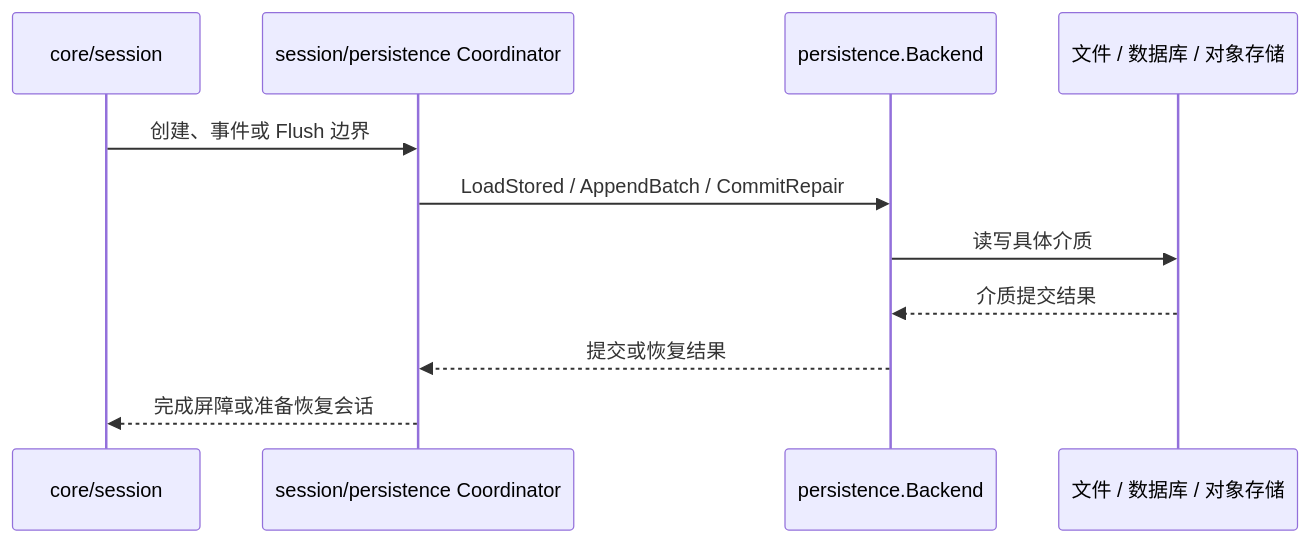
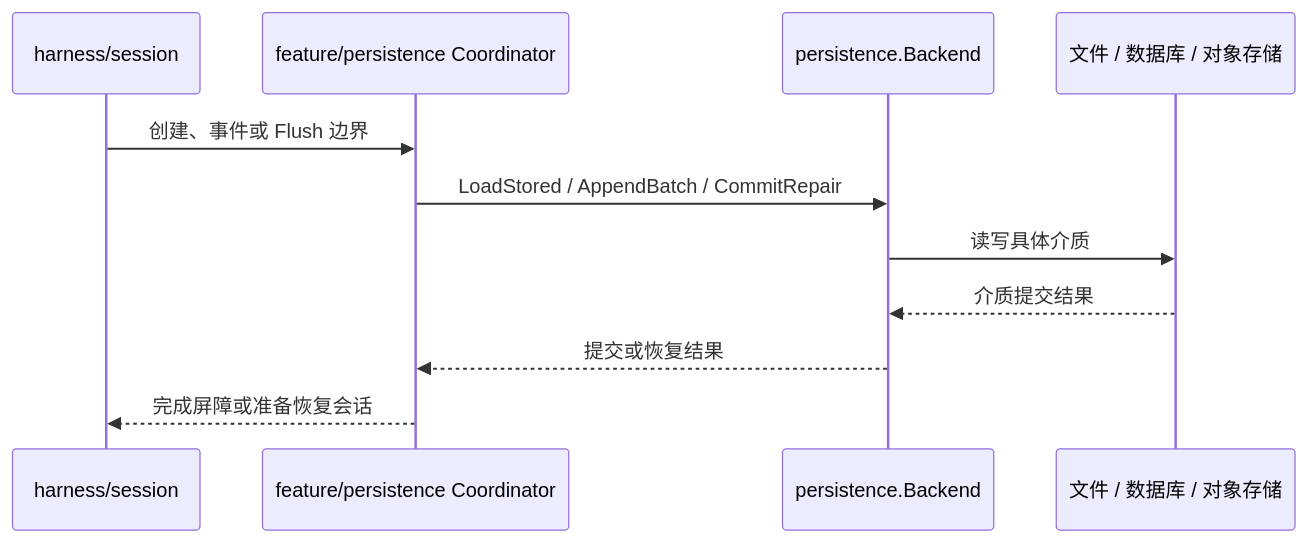
The second of 2 diagrams in docs/modules/storage.md (snight1983/ds-harness-go), drawn with Mermaid before and after one commit. The commit also changed other lines of this file and 1281 other files, not shown here.

````diff
--- a/docs/modules/storage.md
+++ b/docs/modules/storage.md
@@ -74,14 +74,14 @@
 ```mermaid
 sequenceDiagram
-    participant S as core/session
-    participant H as session/persistence Coordinator
+    participant S as harness/session
+    participant H as feature/persistence Coordinator
     participant P as persistence.Backend
     participant B as 文件 / 数据库 / 对象存储
 
     S->>H: 创建、事件或 Flush 边界
     H->>P: LoadStored / AppendBatch / CommitRepair
     P->>B: 读写具体介质
     B-->>P: 介质提交结果
     P-->>H: 提交或恢复结果
     H-->>S: 完成屏障或准备恢复会话
 ```
````
